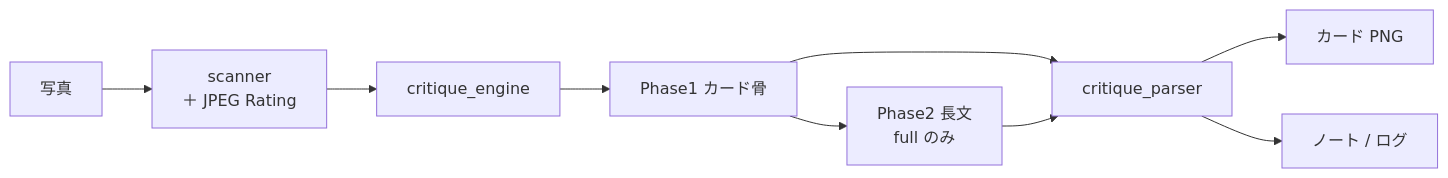
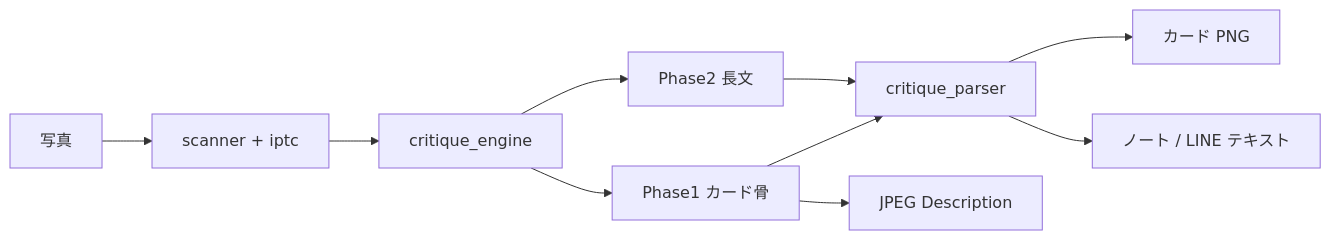
The fifth of 5 diagrams in docs/CURRENT_APP_MAP.md (nktn-arch01/photo-critique-bot), drawn with Mermaid before and after one commit. The commit also changed other lines of this file and 1 other file, not shown here.

````diff
--- a/docs/CURRENT_APP_MAP.md
+++ b/docs/CURRENT_APP_MAP.md
@@ -164,11 +143,12 @@
 ```mermaid
 flowchart LR
-  Img["写真"] --> Scan["scanner<br/>＋ JPEG Rating"]
-  Scan --> Eng["critique_engine"]
-  Eng --> P1["Phase1 カード骨"]
-  P1 --> P2["Phase2 長文<br/>full のみ"]
-  P1 --> Parse["critique_parser"]
+  Img[写真] --> Scan[scanner + iptc]
+  Scan --> Eng[critique_engine]
+  Eng --> P1[Phase1 カード骨]
+  Eng --> P2[Phase2 長文]
+  P1 --> Parse[critique_parser]
   P2 --> Parse
-  Parse --> Card["カード PNG"]
-  Parse --> Note["ノート / ログ"]
+  Parse --> Card[カード PNG]
+  Parse --> Note[ノート / LINE テキスト]
+  P1 --> JpegDesc[JPEG Description]
 ```
````
